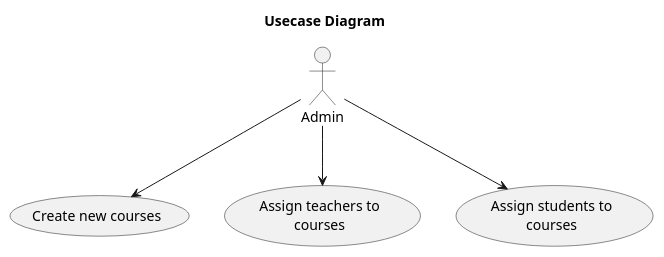
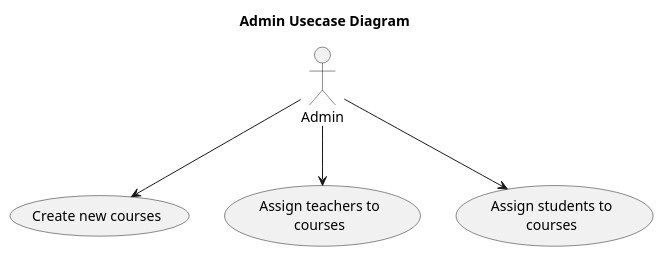
The diagram in source/adminUseCaseDiagram.puml (lightbulb-lms/documentation), drawn with PlantUML before and after one commit.

```diff
--- a/source/adminUseCaseDiagram.puml
+++ b/source/adminUseCaseDiagram.puml
@@ -1,12 +1,12 @@
 @startuml
 skinparam WrapWidth 150
-title Usecase Diagram
+title Admin Usecase Diagram
 :Admin: as a
 a --> (Create new courses)
 a --> (Assign teachers to courses)
 a --> (Assign students to courses)
 
 'Admins can create courses
 'Admins can assign teachers to courses
 'Admins can assign students to courses
 @enduml
```
